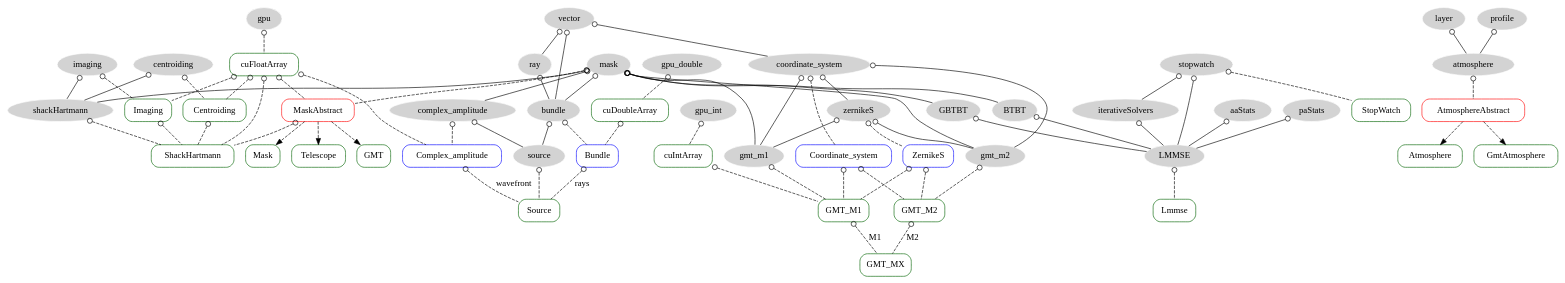
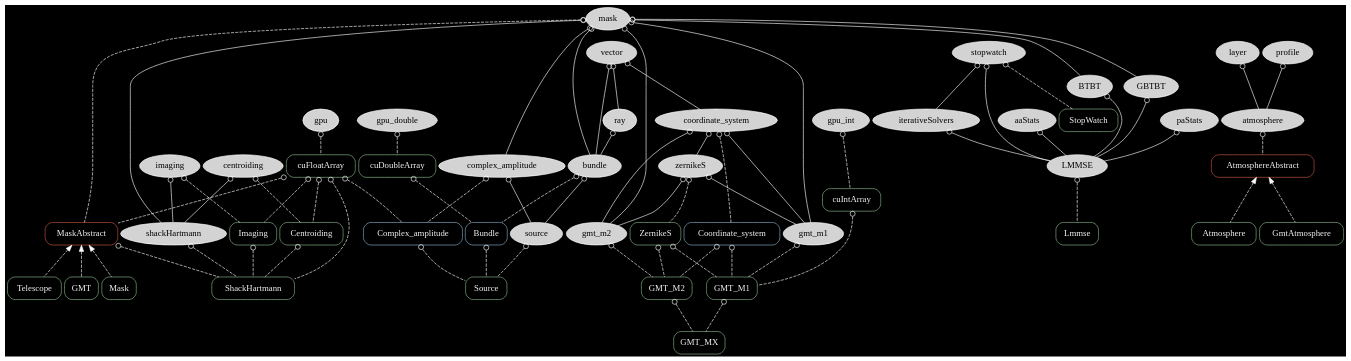
The diagram in graph/ceo.dot (rconan/CEO), drawn with Graphviz before and after one commit. The commit also changed 4 other files, not shown here.

Commit message:
NEW DOT GRAPH

```diff
--- a/graph/ceo.dot
+++ b/graph/ceo.dot
@@ -1,109 +1,112 @@
 digraph {
 overlap=false
 splines=true
-node[style=filled,fillcolor=lightgrey,color=white];
-edge[arrowtail=odot,dir=back];
+bgcolor = black
+node[style=filled,fillcolor=lightgray,color=white];
+edge[arrowtail=odot,dir=back,color=white];
 
 mask -> shackHartmann;
 imaging -> shackHartmann;
 centroiding -> shackHartmann;
 bundle -> source;
 
 coordinate_system -> zernikeS;
 coordinate_system -> gmt_m1;
 coordinate_system -> gmt_m2
 
 mask -> gmt_m1;
 mask -> gmt_m2;
 mask -> complex_amplitude;
 
 zernikeS -> gmt_m1;
 zernikeS -> gmt_m2;
 
 vector -> coordinate_system;
 vector -> bundle;
 
 mask -> bundle;
 ray -> bundle;
 vector -> ray;
 complex_amplitude -> source;
 
 layer -> atmosphere;
 profile -> atmosphere;
 
 mask -> BTBT;
 mask -> GBTBT;
 aaStats -> LMMSE;
 paStats -> LMMSE;
 BTBT -> LMMSE;
 GBTBT -> LMMSE;
 iterativeSolvers -> LMMSE;
 stopwatch -> LMMSE;
 stopwatch -> iterativeSolvers;
 
 gpu;
 gpu_int;
 gpu_double;
 
-node[color=darkgreen,style=rounded,shape=box];
-edge[style=dashed]
+node[color=darkseagreen,style=rounded,shape=box,fontcolor=whitesmoke];
+edge[style=dashed,color=white]
 
 centroiding -> Centroiding;
 imaging -> Imaging;
 cuFloatArray -> Imaging;
 cuFloatArray -> Centroiding;
 
 source -> Source;
-Complex_amplitude[color=blue];
+Complex_amplitude[color=lightskyblue3];
 complex_amplitude -> Complex_amplitude;
 cuFloatArray -> Complex_amplitude;
-Bundle[color=blue];
+Bundle[color=lightskyblue3];
 bundle -> Bundle;
 cuDoubleArray -> Bundle;
 Complex_amplitude -> Source[label="wavefront"];
 Bundle -> Source[label="rays"];
 
 shackHartmann -> ShackHartmann;
 MaskAbstract -> ShackHartmann;
 cuFloatArray -> ShackHartmann
 Imaging -> ShackHartmann;
 Centroiding -> ShackHartmann;
 
 gmt_m1 -> GMT_M1;
 cuIntArray -> GMT_M1;
 gmt_m2 -> GMT_M2;
-ZernikeS[color=blue];
+ZernikeS;
 zernikeS -> ZernikeS;
 ZernikeS -> GMT_M1;
 ZernikeS -> GMT_M2;
 GMT_M1 -> GMT_MX[label="M1"];
 GMT_M2 -> GMT_MX[label="M2"];
-Coordinate_system[color=blue];
+Coordinate_system[color=lightskyblue3];
 coordinate_system -> Coordinate_system;
 Coordinate_system -> GMT_M1;
 Coordinate_system -> GMT_M2;
 
-AtmosphereAbstract[color=red];
+AtmosphereAbstract[color=coral3];
 atmosphere -> AtmosphereAbstract;
 
-MaskAbstract[color=red]
+MaskAbstract[color=coral3]
 mask -> MaskAbstract;
 cuFloatArray -> MaskAbstract;
 
 stopwatch -> StopWatch;
 
 gpu -> cuFloatArray;
 gpu_int -> cuIntArray;
 gpu_double -> cuDoubleArray;
 LMMSE -> Lmmse;
 
-edge[dir=forward];
+edge[dir=back,arrowtail=normal];
 
 AtmosphereAbstract -> Atmosphere;
 AtmosphereAbstract -> GmtAtmosphere;
 
 MaskAbstract -> Mask;
 MaskAbstract -> Telescope;
 MaskAbstract -> GMT;
 
+{rank = source; mask;}
+{rank = same; gpu; gpu_double; gpu_int;}
 }
```
